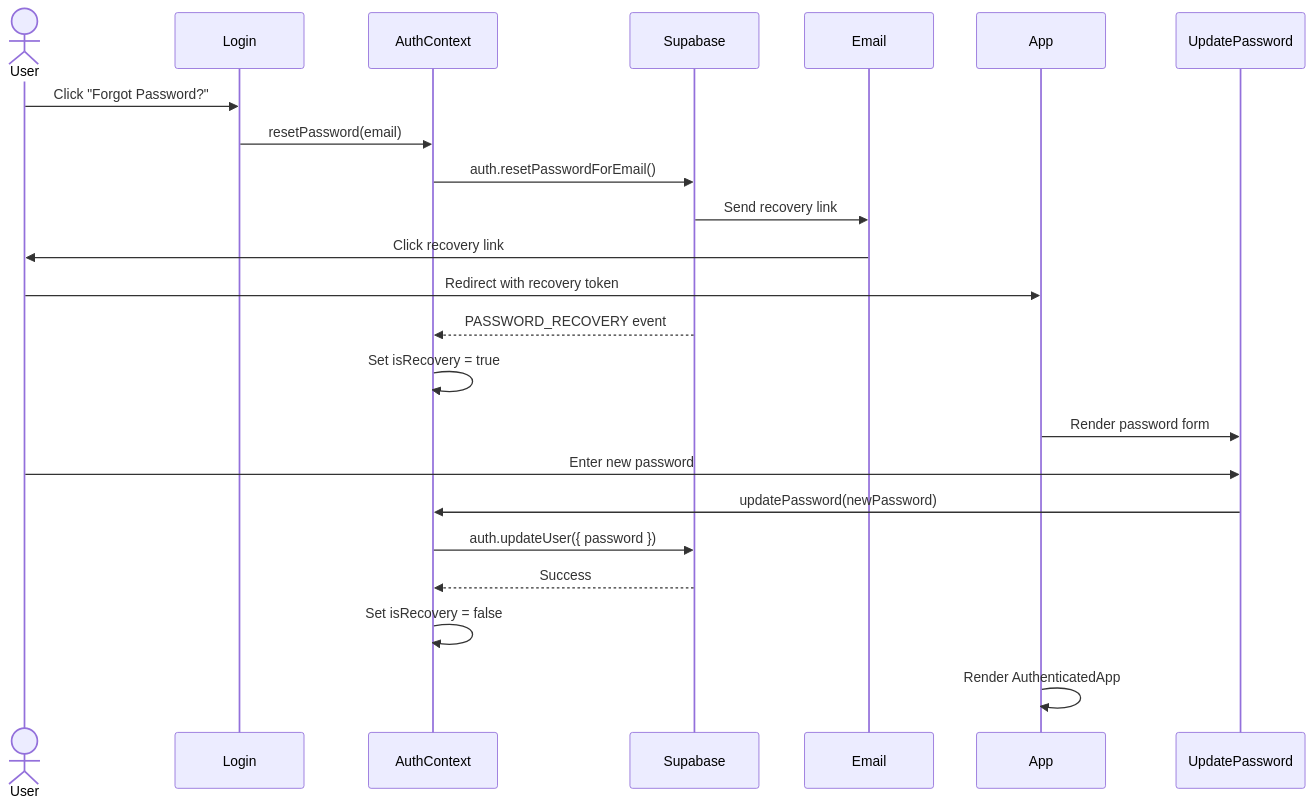
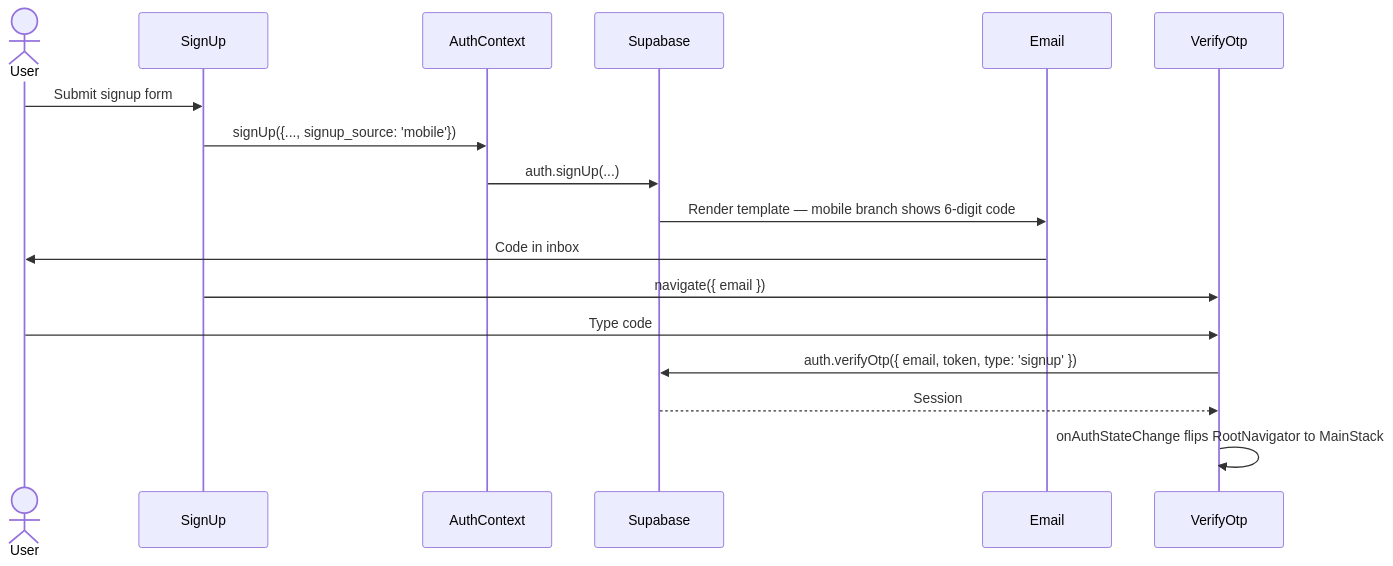
One commit to ShivaniNR/Personal-Finance-Tracker changed the sixth of 8 diagrams in README.md. Above: the diagram before and after it, drawn with Mermaid. The commit also changed other lines of this file, not shown here.

First line of the commit message:
Update README to reflect current architecture

````diff
--- a/README.md
+++ b/README.md
@@ -336,26 +360,20 @@
 ```mermaid
 sequenceDiagram
     actor User
-    participant Login
+    participant SignUp
     participant AuthContext
     participant Supabase
     participant Email
-    participant App
-    participant UpdatePassword
+    participant VerifyOtp
 
-    User->>Login: Click "Forgot Password?"
-    Login->>AuthContext: resetPassword(email)
-    AuthContext->>Supabase: auth.resetPasswordForEmail()
-    Supabase->>Email: Send recovery link
-    Email->>User: Click recovery link
-    User->>App: Redirect with recovery token
-    Supabase-->>AuthContext: PASSWORD_RECOVERY event
-    AuthContext->>AuthContext: Set isRecovery = true
-    App->>UpdatePassword: Render password form
-    User->>UpdatePassword: Enter new password
-    UpdatePassword->>AuthContext: updatePassword(newPassword)
-    AuthContext->>Supabase: auth.updateUser({ password })
-    Supabase-->>AuthContext: Success
-    AuthContext->>AuthContext: Set isRecovery = false
-    App->>App: Render AuthenticatedApp
+    User->>SignUp: Submit signup form
+    SignUp->>AuthContext: signUp({..., signup_source: 'mobile'})
+    AuthContext->>Supabase: auth.signUp(...)
+    Supabase->>Email: Render template — mobile branch shows 6-digit code
+    Email->>User: Code in inbox
+    SignUp->>VerifyOtp: navigate({ email })
+    User->>VerifyOtp: Type code
+    VerifyOtp->>Supabase: auth.verifyOtp({ email, token, type: 'signup' })
+    Supabase-->>VerifyOtp: Session
+    VerifyOtp->>VerifyOtp: onAuthStateChange flips RootNavigator to MainStack
 ```
````
